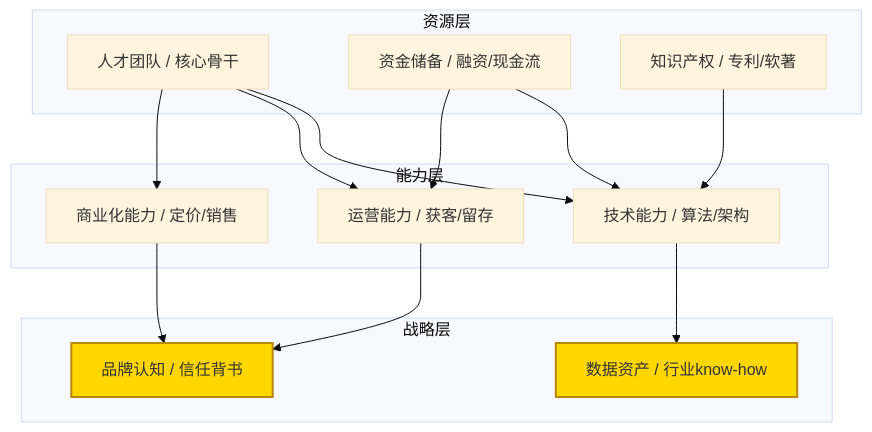
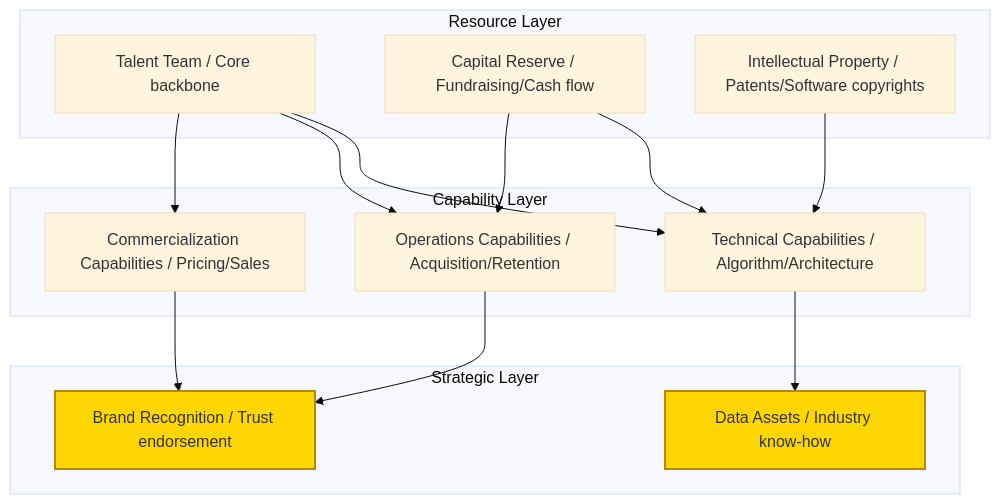
Before and after one commit to Kirky-X/cangjie: the ninth of 15 diagrams in templates/【模板】商业模式文档.md, drawn with Mermaid (base theme). The commit also changed other lines of this file and 60 other files, not shown here.

````diff
--- a/templates/【模板】商业模式文档.md
+++ b/templates/【模板】商业模式文档.md
@@ -328,32 +328,32 @@
 ```mermaid
 graph TB
-    subgraph 战略层
-        S1[数据资产 / 行业know-how]
-        S2[品牌认知 / 信任背书]
+    subgraph Strategic Layer
+        S1[Data Assets / Industry know-how]
+        S2[Brand Recognition / Trust endorsement]
     end
 
-    subgraph 能力层
-        C1[技术能力 / 算法/架构]
-        C2[运营能力 / 获客/留存]
-        C3[商业化能力 / 定价/销售]
+    subgraph Capability Layer
+        C1[Technical Capabilities / Algorithm/Architecture]
+        C2[Operations Capabilities / Acquisition/Retention]
+        C3[Commercialization Capabilities / Pricing/Sales]
     end
 
-    subgraph 资源层
-        R1[人才团队 / 核心骨干]
-        R2[资金储备 / 融资/现金流]
-        R3[知识产权 / 专利/软著]
+    subgraph Resource Layer
+        R1[Talent Team / Core backbone]
+        R2[Capital Reserve / Fundraising/Cash flow]
+        R3[Intellectual Property / Patents/Software copyrights]
     end
 
     R1 --> C1
     R1 --> C2
     R1 --> C3
     C1 --> S1
     C2 --> S2
     C3 --> S2
     R2 --> C1
     R2 --> C2
     R3 --> C1
 
     style S1 fill:#ffd700,stroke:#b8860b,stroke-width:2px
     style S2 fill:#ffd700,stroke:#b8860b,stroke-width:2px
 ```
````
